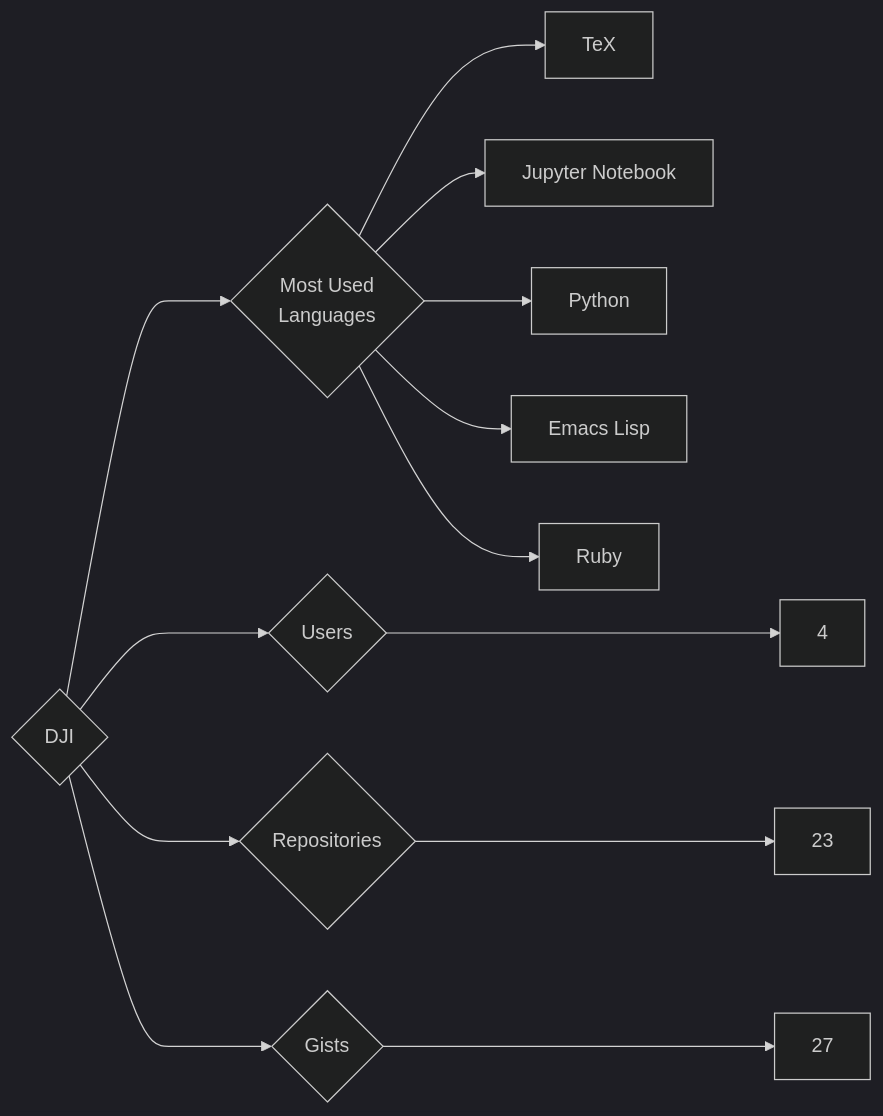
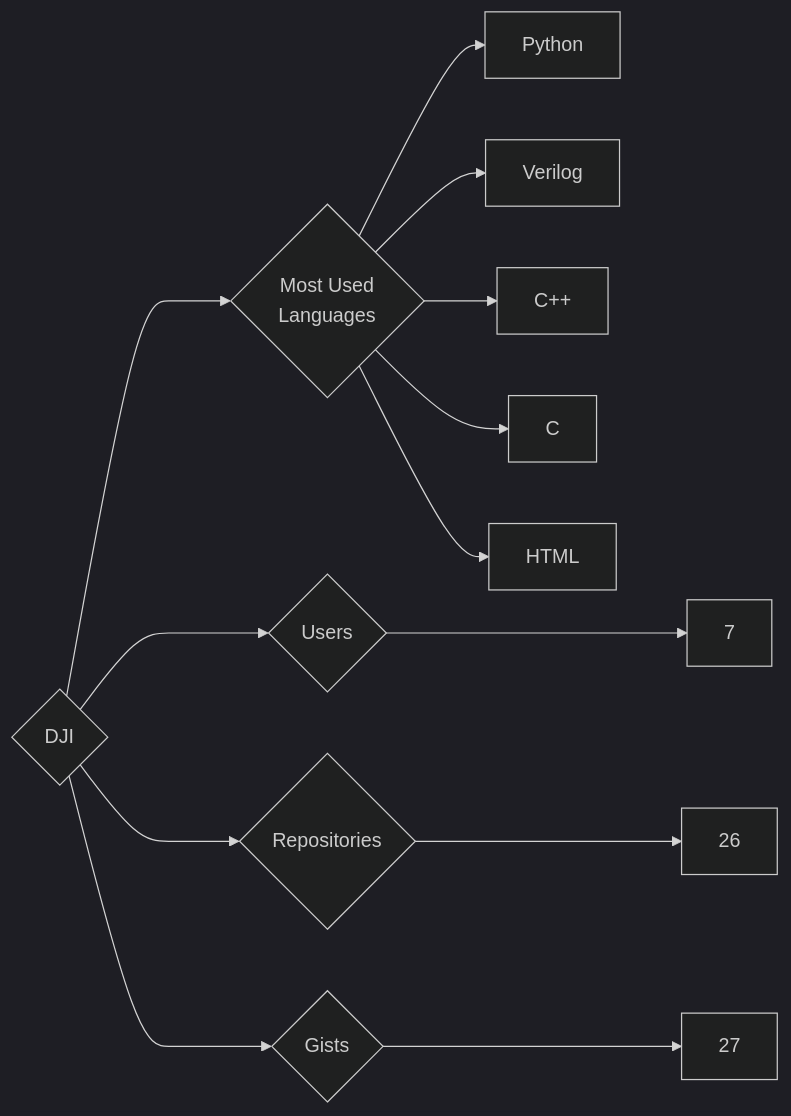
The diagram in targets/DJI/README.md (trickest/insiders), drawn with Mermaid (dark theme) before and after one commit. The commit also changed 997 other files, not shown here.

````diff
--- a/targets/DJI/README.md
+++ b/targets/DJI/README.md
@@ -3,13 +3,13 @@
 ```mermaid
 graph LR
 COMPANY_NAME{DJI}
-COMPANY_NAME ---> U{Users} ---> UN[4]
-COMPANY_NAME ---> R{Repositories} ---> RN[23]
+COMPANY_NAME ---> U{Users} ---> UN[7]
+COMPANY_NAME ---> R{Repositories} ---> RN[26]
 COMPANY_NAME ---> G{Gists} ---> GN[27]
 COMPANY_NAME ---> ML{Most Used<br>Languages}
-ML --> TeX[TeX]
-ML --> Jupyter_Notebook[Jupyter Notebook]
 ML --> Python[Python]
-ML --> Emacs_Lisp[Emacs Lisp]
-ML --> Ruby[Ruby]
+ML --> Verilog[Verilog]
+ML --> C++[C++]
+ML --> C[C]
+ML --> HTML[HTML]
 ```
````
